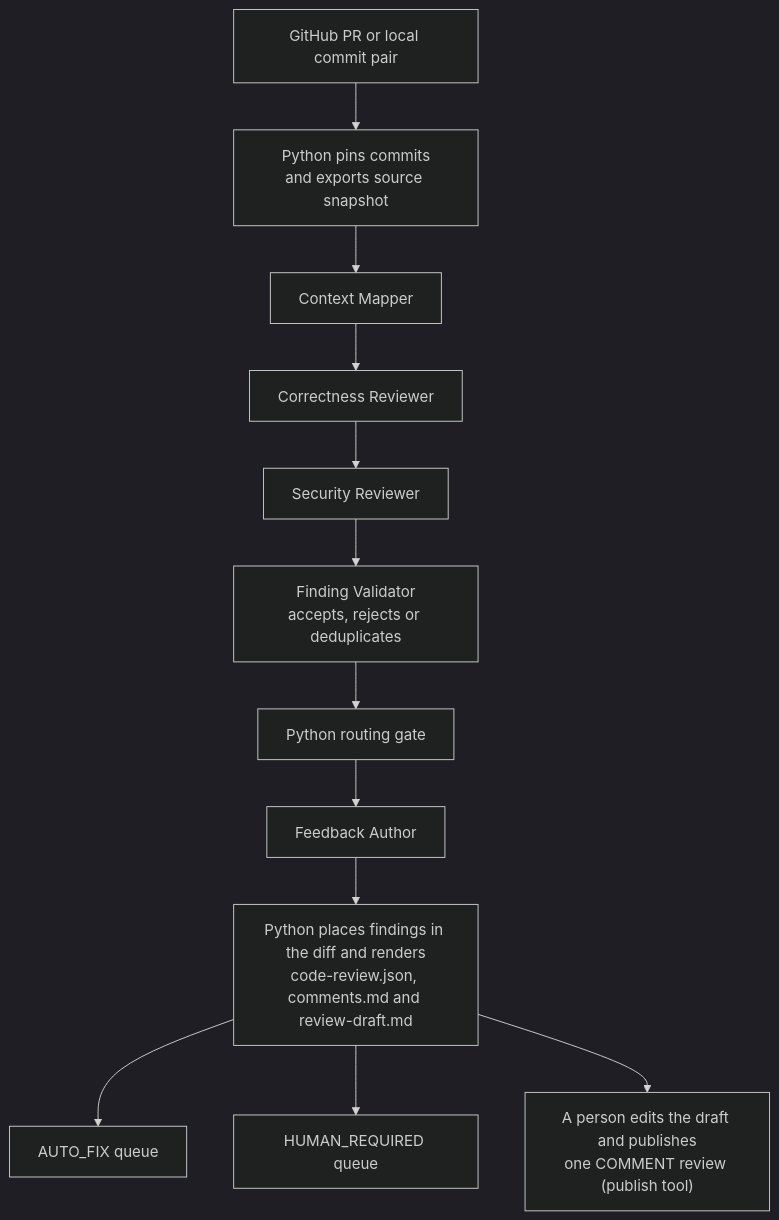
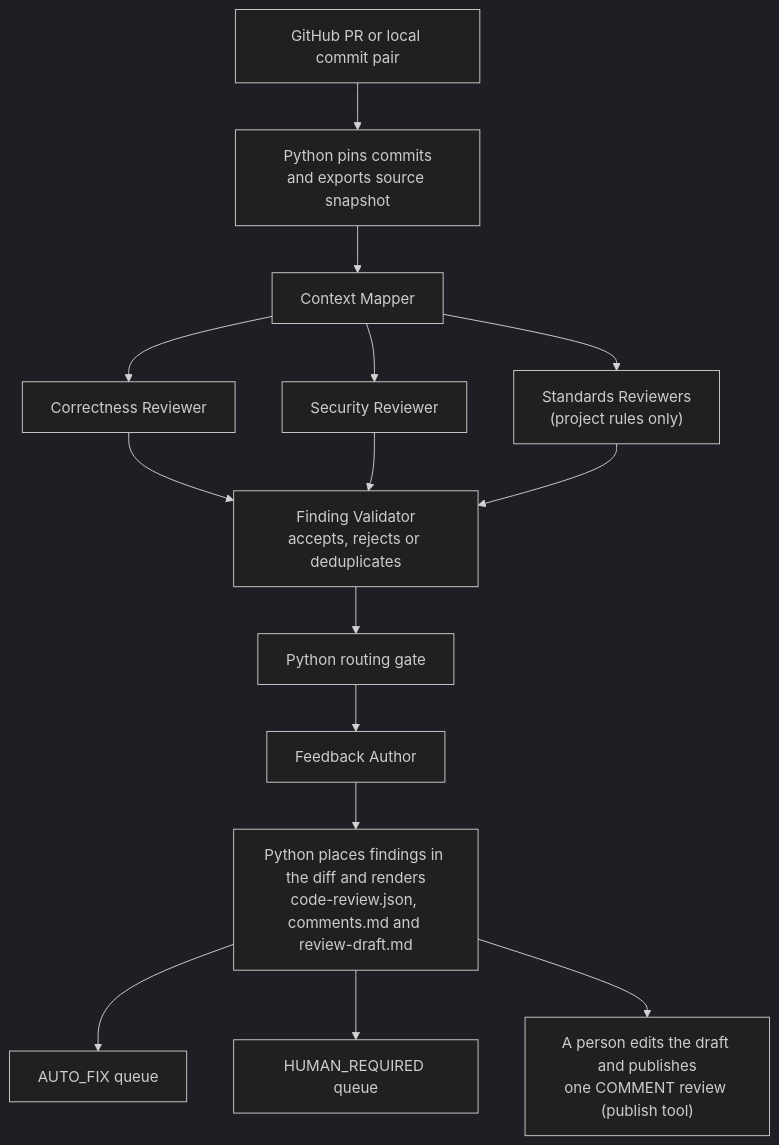
The fifth of 6 diagrams in agentic-sdlc-docs/architecture.md (somr/awscao_agenticwflw), drawn with Mermaid (dark theme) before and after one commit. The commit also changed other lines of this file and 15 other files, not shown here.

First line of the commit message:
Document project rules for the reviewers

````diff
--- a/agentic-sdlc-docs/architecture.md
+++ b/agentic-sdlc-docs/architecture.md
@@ -139,14 +139,17 @@
 ```mermaid
 flowchart TD
     PR["GitHub PR or local commit pair"] --> SNAP["Python pins commits<br/>and exports source snapshot"]
     SNAP --> MAP["Context Mapper"]
     MAP --> COR["Correctness Reviewer"]
-    COR --> SEC["Security Reviewer"]
-    SEC --> VAL["Finding Validator<br/>accepts, rejects or deduplicates"]
+    MAP --> SEC["Security Reviewer"]
+    MAP --> STD["Standards Reviewers<br/>(project rules only)"]
+    COR --> VAL["Finding Validator<br/>accepts, rejects or deduplicates"]
+    SEC --> VAL
+    STD --> VAL
     VAL --> GATE["Python routing gate"]
     GATE --> AUTHOR["Feedback Author"]
     AUTHOR --> OUT["Python places findings in the diff and renders<br/>code-review.json, comments.md and review-draft.md"]
     OUT --> AUTO["AUTO_FIX queue"]
     OUT --> HUMAN["HUMAN_REQUIRED queue"]
     OUT --> PUB["A person edits the draft and publishes<br/>one COMMENT review (publish tool)"]
 ```
````
